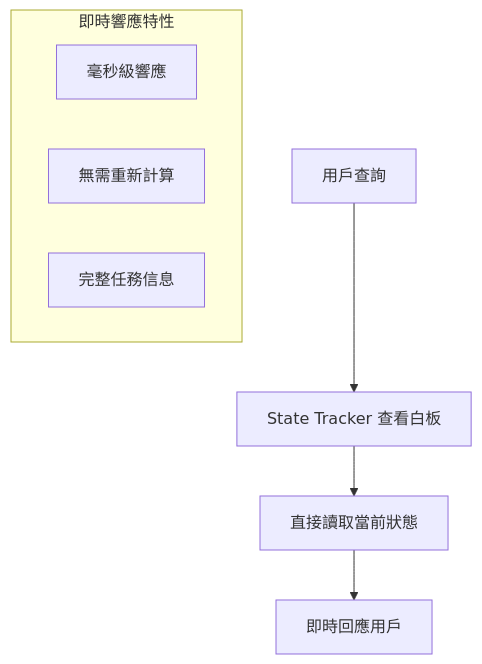
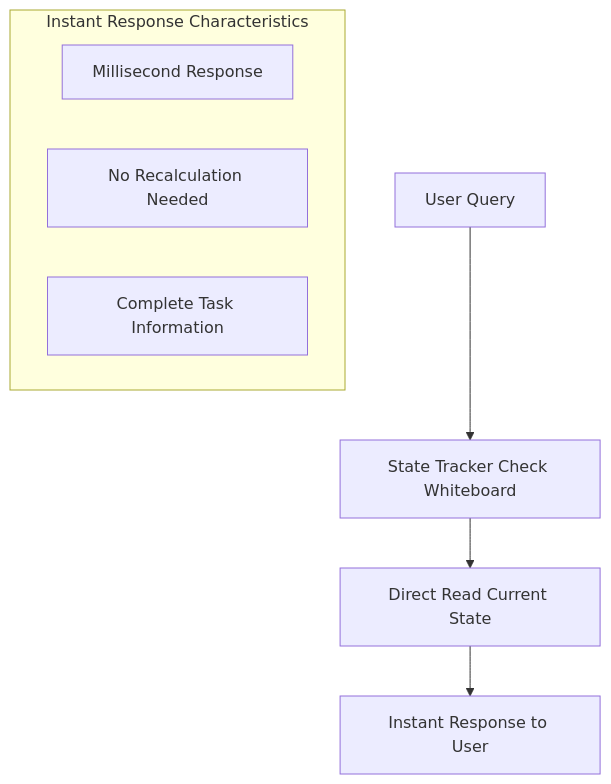
One commit to yitzuliu/DissertationDemo changed the second of 5 diagrams in .kiro/specs/memory-system/design.md. Above: the diagram before and after it, drawn with Mermaid. The commit also changed other lines of this file and 5 other files, not shown here.

````diff
--- a/.kiro/specs/memory-system/design.md
+++ b/.kiro/specs/memory-system/design.md
@@ -33,12 +33,12 @@
 ```mermaid
 graph TB
-    A[用戶查詢] --> B[State Tracker 查看白板]
-    B --> C[直接讀取當前狀態]
-    C --> D[即時回應用戶]
+    A[User Query] --> B[State Tracker Check Whiteboard]
+    B --> C[Direct Read Current State]
+    C --> D[Instant Response to User]
     
-    subgraph "即時響應特性"
-        E[毫秒級響應]
-        F[無需重新計算]
-        G[完整任務信息]
+    subgraph "Instant Response Characteristics"
+        E[Millisecond Response]
+        F[No Recalculation Needed]
+        G[Complete Task Information]
     end
 ```
````
